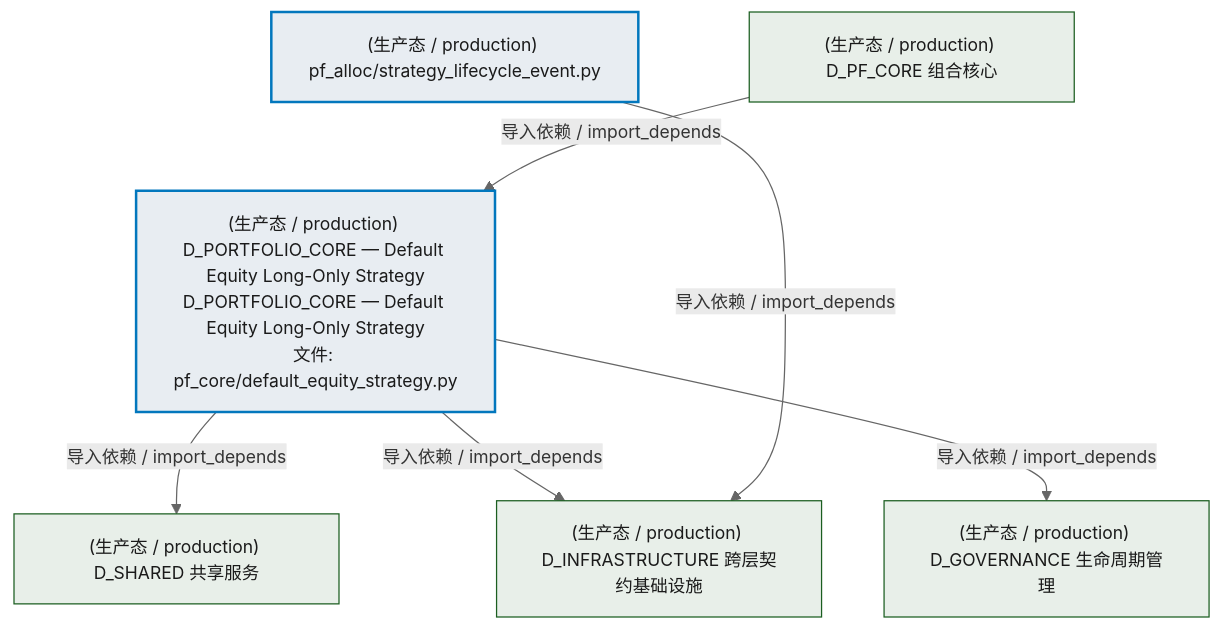
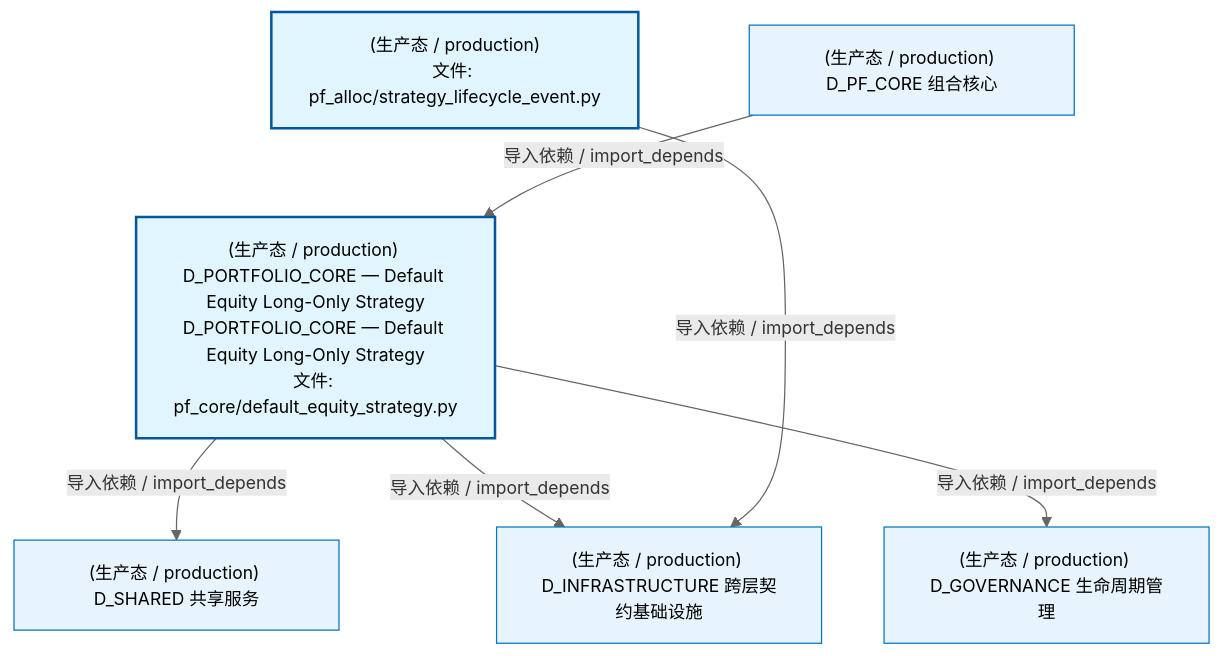
The second of 3 diagrams in docs/02_enterprise_architecture/02_domain_architecture_docs/62_d_pf_alloc.md (xuanFelixVan/ZephyrAlpha), drawn with Mermaid before and after one commit. The commit also changed other lines of this file and 75 other files, not shown here.

````diff
--- a/docs/02_enterprise_architecture/02_domain_architecture_docs/62_d_pf_alloc.md
+++ b/docs/02_enterprise_architecture/02_domain_architecture_docs/62_d_pf_alloc.md
@@ -96,22 +96,22 @@
 ```mermaid
 %%{init: {'theme': 'base', 'themeVariables': {'primaryColor': '#eaeaea', 'primaryTextColor': '#333333', 'primaryBorderColor': '#666666', 'lineColor': '#666666', 'secondaryColor': '#eaeaea', 'tertiaryColor': '#eaeaea', 'fontSize': '14px'}}}%%
 flowchart TD
-    src_zephyr_pf_alloc_strategy_lifecycle_event_py["(生产态 / production) pf_alloc/strategy_lifecycle_event.py"]
+    src_zephyr_pf_alloc_strategy_lifecycle_event_py["(生产态 / production)<br/>文件: pf_alloc/strategy_lifecycle_event.py"]
     src_zephyr_pf_core_default_equity_strategy_py["(生产态 / production) D_PORTFOLIO_CORE — Default Equity Long-Only Strategy<br/>D_PORTFOLIO_CORE — Default Equity Long-Only Strategy<br/>文件: pf_core/default_equity_strategy.py"]
     src_zephyr_pf_alloc_strategy_lifecycle_event_py ~~~ src_zephyr_pf_core_default_equity_strategy_py
     D_SHARED["(生产态 / production) D_SHARED 共享服务"]
     src_zephyr_pf_core_default_equity_strategy_py -->|导入依赖 / import_depends| D_SHARED
     D_INFRASTRUCTURE["(生产态 / production) D_INFRASTRUCTURE 跨层契约基础设施"]
     src_zephyr_pf_core_default_equity_strategy_py -->|导入依赖 / import_depends| D_INFRASTRUCTURE
     D_GOVERNANCE["(生产态 / production) D_GOVERNANCE 生命周期管理"]
     src_zephyr_pf_core_default_equity_strategy_py -->|导入依赖 / import_depends| D_GOVERNANCE
     src_zephyr_pf_alloc_strategy_lifecycle_event_py -->|导入依赖 / import_depends| D_INFRASTRUCTURE
     D_PF_CORE["(生产态 / production) D_PF_CORE 组合核心"]
     D_PF_CORE -->|导入依赖 / import_depends| src_zephyr_pf_core_default_equity_strategy_py
-    classDef production fill:#e8edf2,stroke:#0277bd,stroke-width:2px,color:#1a1a1a
-    classDef design fill:#f0ebe3,stroke:#bf360c,stroke-width:2px,color:#1a1a1a,stroke-dasharray: 5 5
-    classDef external_prod fill:#e8efe9,stroke:#1b5e20,stroke-width:1px,color:#1a1a1a
-    classDef external_design fill:#efe5ea,stroke:#880e4f,stroke-width:1px,color:#1a1a1a,stroke-dasharray: 5 5
+    classDef production fill:#e1f5fe,stroke:#01579b,stroke-width:2px,color:#000
+    classDef design fill:#fff3e0,stroke:#e65100,stroke-width:2px,color:#000,stroke-dasharray: 5 5
+    classDef external_prod fill:#e8f4fd,stroke:#0277bd,stroke-width:1px,color:#000
+    classDef external_design fill:#fff8e7,stroke:#ef6c00,stroke-width:1px,color:#000,stroke-dasharray: 5 5
     class src_zephyr_pf_alloc_strategy_lifecycle_event_py,src_zephyr_pf_core_default_equity_strategy_py production
     class D_SHARED,D_INFRASTRUCTURE,D_GOVERNANCE,D_PF_CORE external_prod
 ```
````
